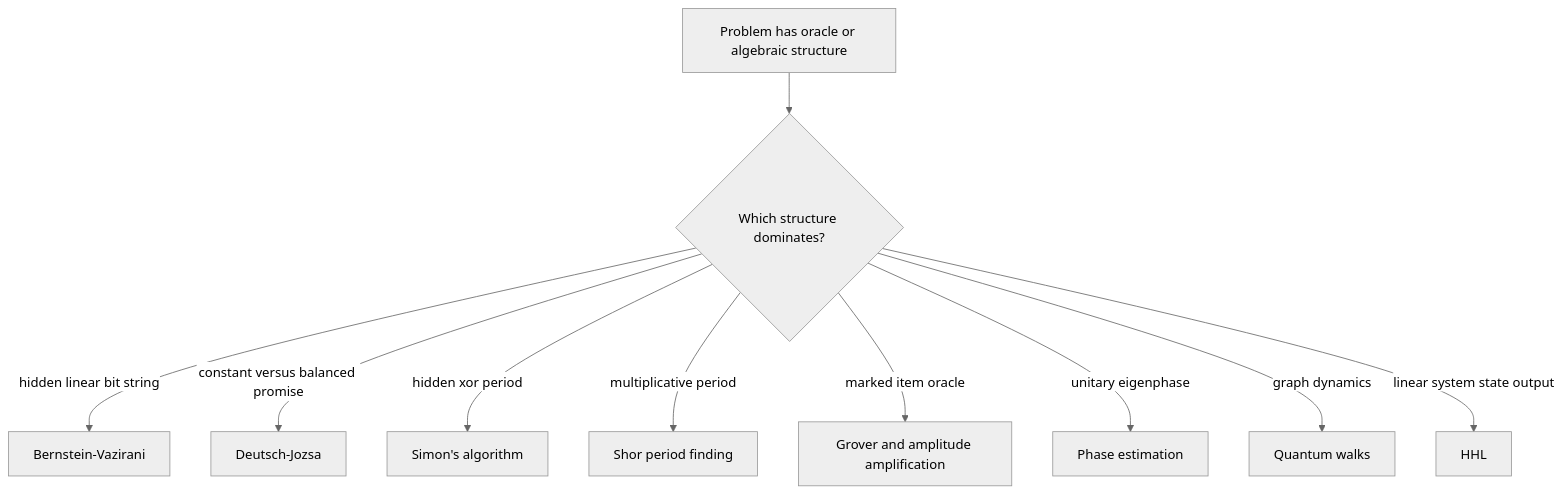
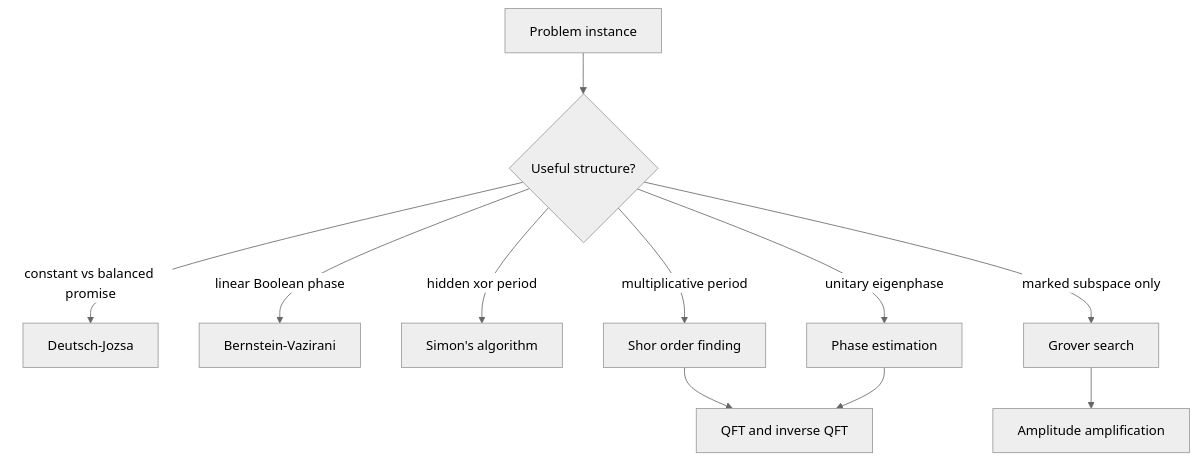
One commit to justinbrianhwang/SJ-wiki changed the diagram in docs/quantum-information-science/quantum-computing/algorithms.md. Above: the diagram before and after it, drawn with Mermaid (neutral theme). The commit also changed other lines of this file and 27 other files, not shown here.

````diff
--- a/docs/quantum-information-science/quantum-computing/algorithms.md
+++ b/docs/quantum-information-science/quantum-computing/algorithms.md
@@ -138,12 +159,13 @@
 ```mermaid
 flowchart TD
-  S["Problem has oracle or algebraic structure"] --> Q{"Which structure dominates?"}
-  Q -->|hidden linear bit string| BV["Bernstein-Vazirani"]
-  Q -->|constant versus balanced promise| DJ["Deutsch-Jozsa"]
-  Q -->|hidden xor period| SI["Simon's algorithm"]
-  Q -->|multiplicative period| SH["Shor period finding"]
-  Q -->|marked item oracle| GR["Grover and amplitude amplification"]
-  Q -->|unitary eigenphase| PE["Phase estimation"]
-  Q -->|graph dynamics| QW["Quantum walks"]
-  Q -->|linear system state output| HH["HHL"]
+  P["Problem instance"] --> S{"Useful structure?"}
+  S -->|constant vs balanced promise| DJ["Deutsch-Jozsa"]
+  S -->|linear Boolean phase| BV["Bernstein-Vazirani"]
+  S -->|hidden xor period| SI["Simon's algorithm"]
+  S -->|multiplicative period| SH["Shor order finding"]
+  S -->|unitary eigenphase| PE["Phase estimation"]
+  S -->|marked subspace only| GR["Grover search"]
+  SH --> QFT["QFT and inverse QFT"]
+  PE --> QFT
+  GR --> AA["Amplitude amplification"]
 ```
````
